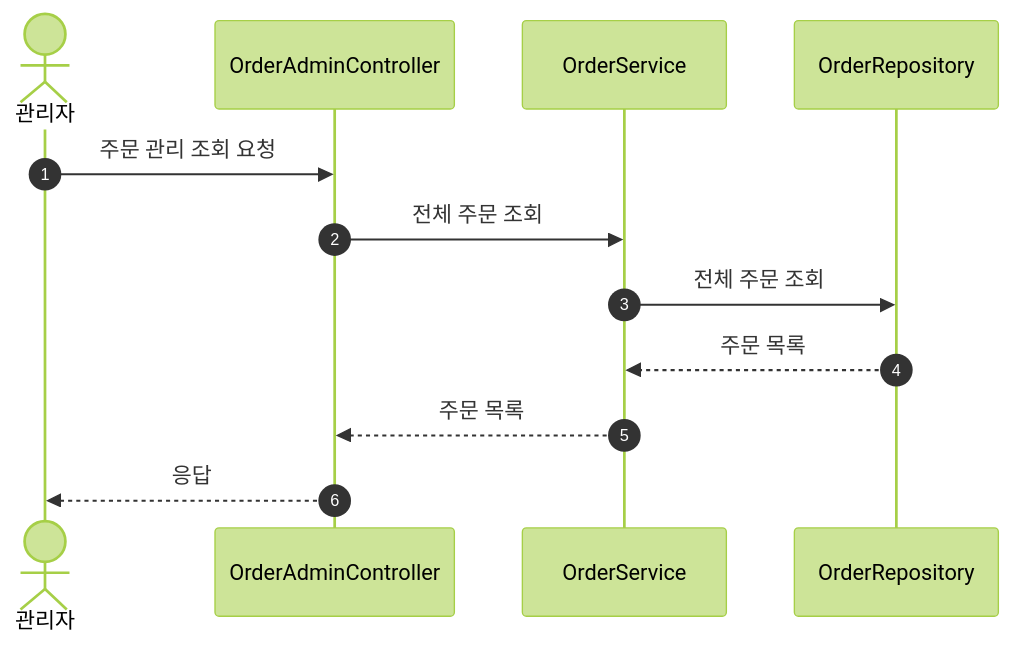
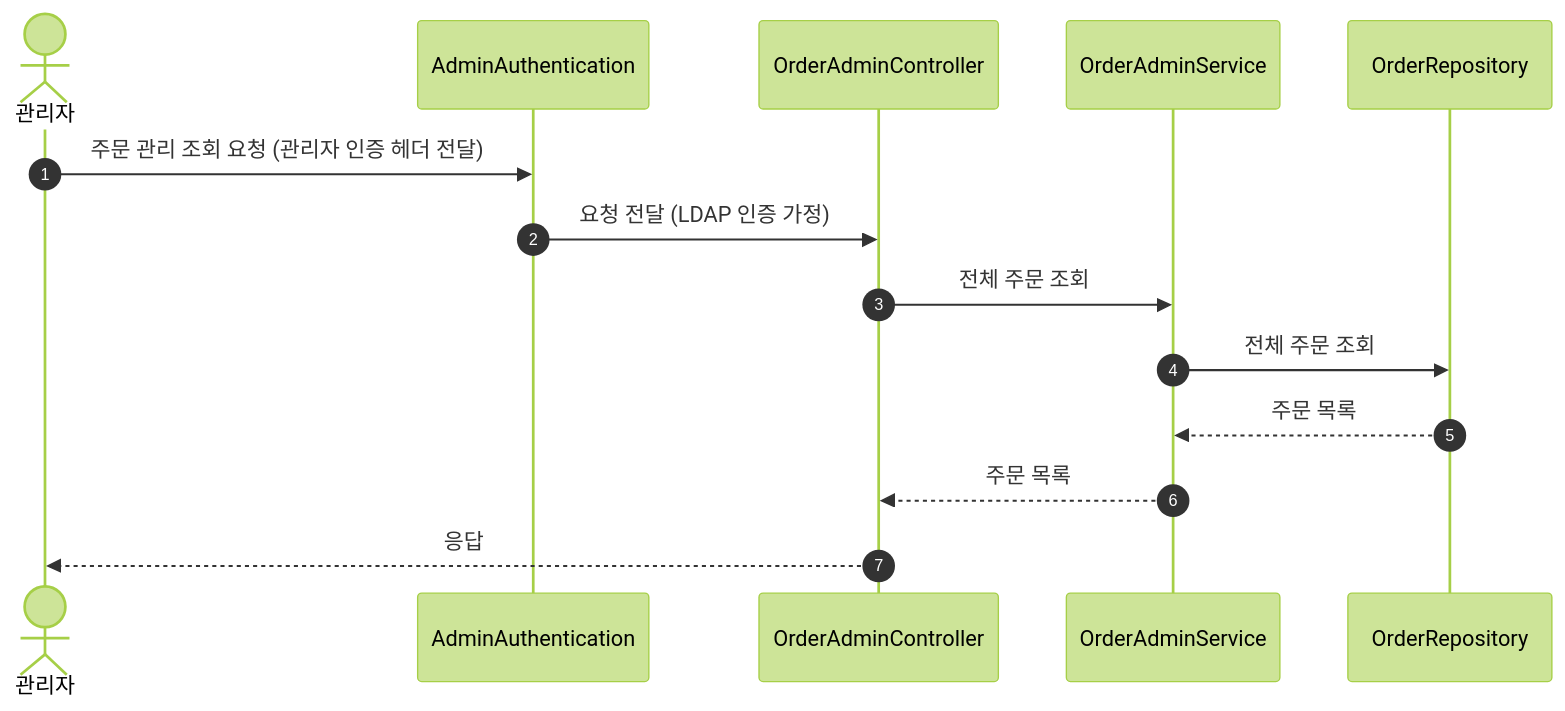
One commit to loopers-labs/loop-pack-be-l2-vol4-java changed diagram 17 of 17 in docs/week2/02-sequence-diagrams.md. Above: the diagram before and after it, drawn with Mermaid (forest theme). The commit also changed other lines of this file and 3 other files, not shown here.

````diff
--- a/docs/week2/02-sequence-diagrams.md
+++ b/docs/week2/02-sequence-diagrams.md
@@ -479,15 +498,17 @@
 ```mermaid
 sequenceDiagram
     autonumber
     actor Admin as 관리자
+    participant Auth as AdminAuthentication
     participant Controller as OrderAdminController
-    participant Service as OrderService
+    participant Service as OrderAdminService
     participant OrderRepository as OrderRepository
 
-    Admin->>Controller: 주문 관리 조회 요청
+    Admin->>Auth: 주문 관리 조회 요청 (관리자 인증 헤더 전달)
+    Auth->>Controller: 요청 전달 (LDAP 인증 가정)
     Controller->>Service: 전체 주문 조회
     Service->>OrderRepository: 전체 주문 조회
     OrderRepository-->>Service: 주문 목록
     Service-->>Controller: 주문 목록
     Controller-->>Admin: 응답
 ```
````
